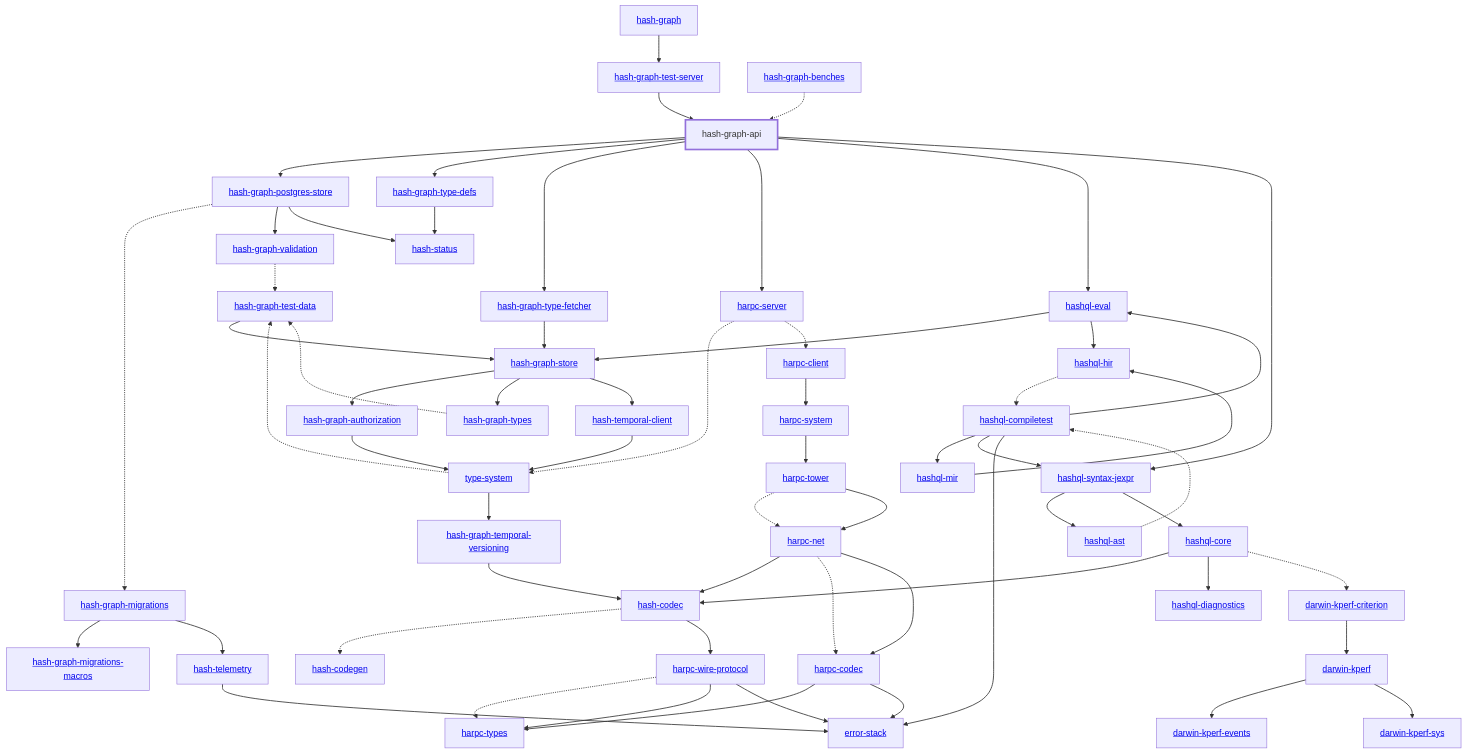
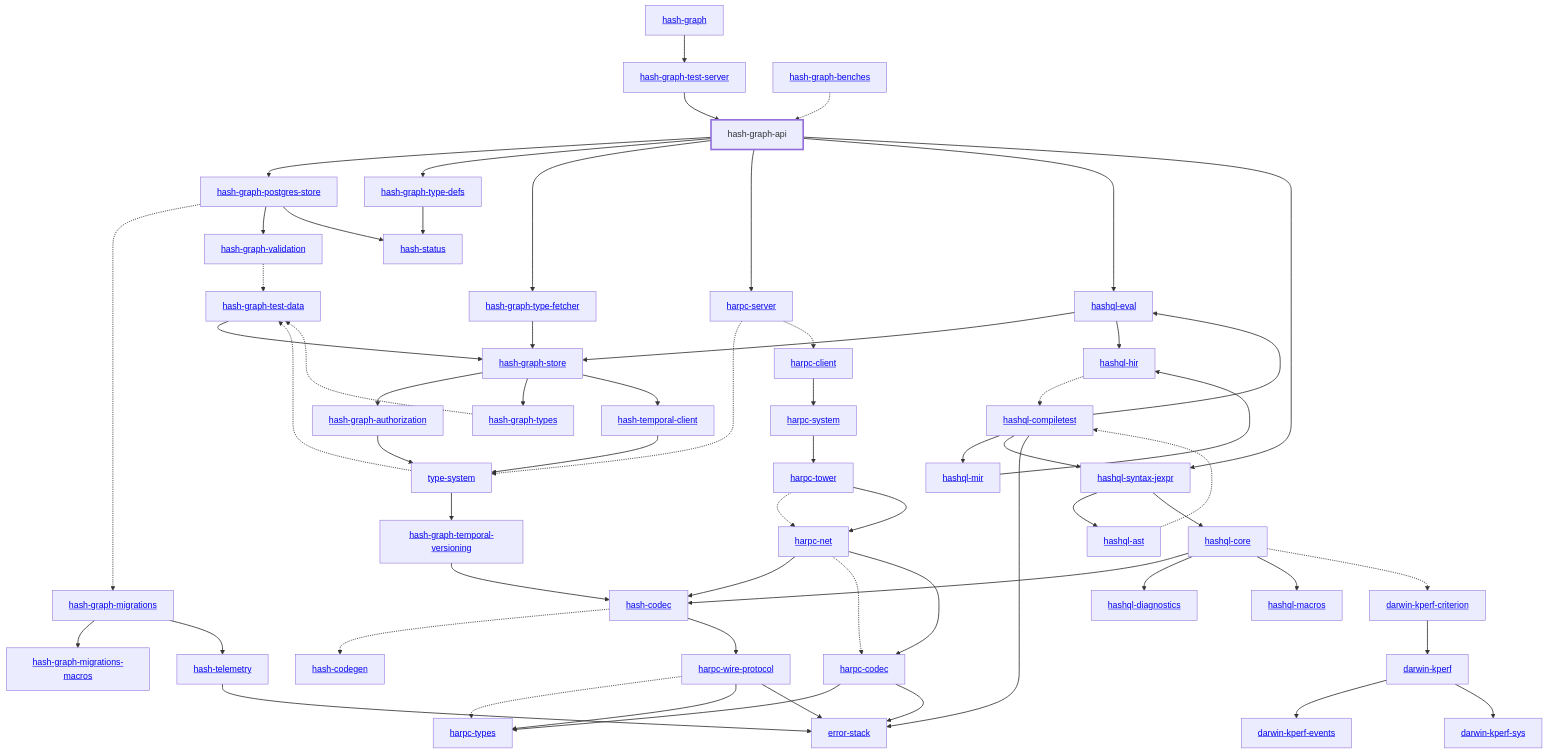
Before and after one commit to hashintel/hash: the diagram in libs/@local/graph/api/docs/dependency-diagram.mmd, drawn with Mermaid. The commit also changed 68 other files, not shown here.

Commit message:
BE-427: Add hashql-macros crate with procedural macros for ID types and symbols (#8495)

```diff
--- a/libs/@local/graph/api/docs/dependency-diagram.mmd
+++ b/libs/@local/graph/api/docs/dependency-diagram.mmd
@@ -1,114 +1,116 @@
 graph TD
     linkStyle default stroke-width:1.5px
     classDef default stroke-width:1px
     classDef root stroke-width:3px
     classDef dev stroke-width:1px
     classDef build stroke-width:1px
     %% Legend
     %% --> : Normal dependency
     %% -.-> : Dev dependency
     %% ---> : Build dependency
     0[<a href="../hash_graph/index.html">hash-graph</a>]
     1[<a href="../type_system/index.html">type-system</a>]
     2[<a href="../hash_codec/index.html">hash-codec</a>]
     3[<a href="../hash_codegen/index.html">hash-codegen</a>]
     4[hash-graph-api]
     class 4 root
     5[<a href="../hash_graph_authorization/index.html">hash-graph-authorization</a>]
     6[<a href="../hash_graph_migrations/index.html">hash-graph-migrations</a>]
     7[<a href="../hash_graph_migrations_macros/index.html">hash-graph-migrations-macros</a>]
     8[<a href="../hash_graph_postgres_store/index.html">hash-graph-postgres-store</a>]
     9[<a href="../hash_graph_store/index.html">hash-graph-store</a>]
     10[<a href="../hash_graph_temporal_versioning/index.html">hash-graph-temporal-versioning</a>]
     11[<a href="../hash_graph_test_server/index.html">hash-graph-test-server</a>]
     12[<a href="../hash_graph_type_defs/index.html">hash-graph-type-defs</a>]
     13[<a href="../hash_graph_type_fetcher/index.html">hash-graph-type-fetcher</a>]
     14[<a href="../hash_graph_types/index.html">hash-graph-types</a>]
     15[<a href="../hash_graph_validation/index.html">hash-graph-validation</a>]
     16[<a href="../harpc_client/index.html">harpc-client</a>]
     17[<a href="../harpc_codec/index.html">harpc-codec</a>]
     18[<a href="../harpc_net/index.html">harpc-net</a>]
     19[<a href="../harpc_server/index.html">harpc-server</a>]
     20[<a href="../harpc_system/index.html">harpc-system</a>]
     21[<a href="../harpc_tower/index.html">harpc-tower</a>]
     22[<a href="../harpc_types/index.html">harpc-types</a>]
     23[<a href="../harpc_wire_protocol/index.html">harpc-wire-protocol</a>]
     24[<a href="../hashql_ast/index.html">hashql-ast</a>]
     25[<a href="../hashql_compiletest/index.html">hashql-compiletest</a>]
     26[<a href="../hashql_core/index.html">hashql-core</a>]
     27[<a href="../hashql_diagnostics/index.html">hashql-diagnostics</a>]
     28[<a href="../hashql_eval/index.html">hashql-eval</a>]
     29[<a href="../hashql_hir/index.html">hashql-hir</a>]
-    30[<a href="../hashql_mir/index.html">hashql-mir</a>]
-    31[<a href="../hashql_syntax_jexpr/index.html">hashql-syntax-jexpr</a>]
-    32[<a href="../hash_status/index.html">hash-status</a>]
-    33[<a href="../hash_telemetry/index.html">hash-telemetry</a>]
-    34[<a href="../hash_temporal_client/index.html">hash-temporal-client</a>]
-    35[<a href="../darwin_kperf/index.html">darwin-kperf</a>]
-    36[<a href="../darwin_kperf_criterion/index.html">darwin-kperf-criterion</a>]
-    37[<a href="../darwin_kperf_events/index.html">darwin-kperf-events</a>]
-    38[<a href="../darwin_kperf_sys/index.html">darwin-kperf-sys</a>]
-    39[<a href="../error_stack/index.html">error-stack</a>]
-    40[<a href="../hash_graph_benches/index.html">hash-graph-benches</a>]
-    41[<a href="../hash_graph_test_data/index.html">hash-graph-test-data</a>]
+    30[<a href="../hashql_macros/index.html">hashql-macros</a>]
+    31[<a href="../hashql_mir/index.html">hashql-mir</a>]
+    32[<a href="../hashql_syntax_jexpr/index.html">hashql-syntax-jexpr</a>]
+    33[<a href="../hash_status/index.html">hash-status</a>]
+    34[<a href="../hash_telemetry/index.html">hash-telemetry</a>]
+    35[<a href="../hash_temporal_client/index.html">hash-temporal-client</a>]
+    36[<a href="../darwin_kperf/index.html">darwin-kperf</a>]
+    37[<a href="../darwin_kperf_criterion/index.html">darwin-kperf-criterion</a>]
+    38[<a href="../darwin_kperf_events/index.html">darwin-kperf-events</a>]
+    39[<a href="../darwin_kperf_sys/index.html">darwin-kperf-sys</a>]
+    40[<a href="../error_stack/index.html">error-stack</a>]
+    41[<a href="../hash_graph_benches/index.html">hash-graph-benches</a>]
+    42[<a href="../hash_graph_test_data/index.html">hash-graph-test-data</a>]
     0 --> 11
     1 --> 10
-    1 -.-> 41
+    1 -.-> 42
     2 -.-> 3
     2 --> 23
     4 --> 8
     4 --> 12
     4 --> 13
     4 --> 19
     4 --> 28
-    4 --> 31
+    4 --> 32
     5 --> 1
     6 --> 7
-    6 --> 33
+    6 --> 34
     8 -.-> 6
     8 --> 15
-    8 --> 32
+    8 --> 33
     9 --> 5
     9 --> 14
-    9 --> 34
+    9 --> 35
     10 --> 2
     11 --> 4
-    12 --> 32
+    12 --> 33
     13 --> 9
-    14 -.-> 41
-    15 -.-> 41
+    14 -.-> 42
+    15 -.-> 42
     16 --> 20
     17 --> 22
-    17 --> 39
+    17 --> 40
     18 --> 2
     18 -.-> 17
     18 --> 17
     19 -.-> 1
     19 -.-> 16
     20 --> 21
     21 -.-> 18
     21 --> 18
     23 -.-> 22
     23 --> 22
-    23 --> 39
+    23 --> 40
     24 -.-> 25
     25 --> 28
-    25 --> 30
     25 --> 31
-    25 --> 39
+    25 --> 32
+    25 --> 40
     26 --> 2
     26 --> 27
-    26 -.-> 36
+    26 --> 30
+    26 -.-> 37
     28 --> 9
     28 --> 29
     29 -.-> 25
-    30 --> 29
-    31 --> 24
-    31 --> 26
-    33 --> 39
-    34 --> 1
-    35 --> 37
-    35 --> 38
-    36 --> 35
-    40 -.-> 4
-    41 --> 9
+    31 --> 29
+    32 --> 24
+    32 --> 26
+    34 --> 40
+    35 --> 1
+    36 --> 38
+    36 --> 39
+    37 --> 36
+    41 -.-> 4
+    42 --> 9
```
